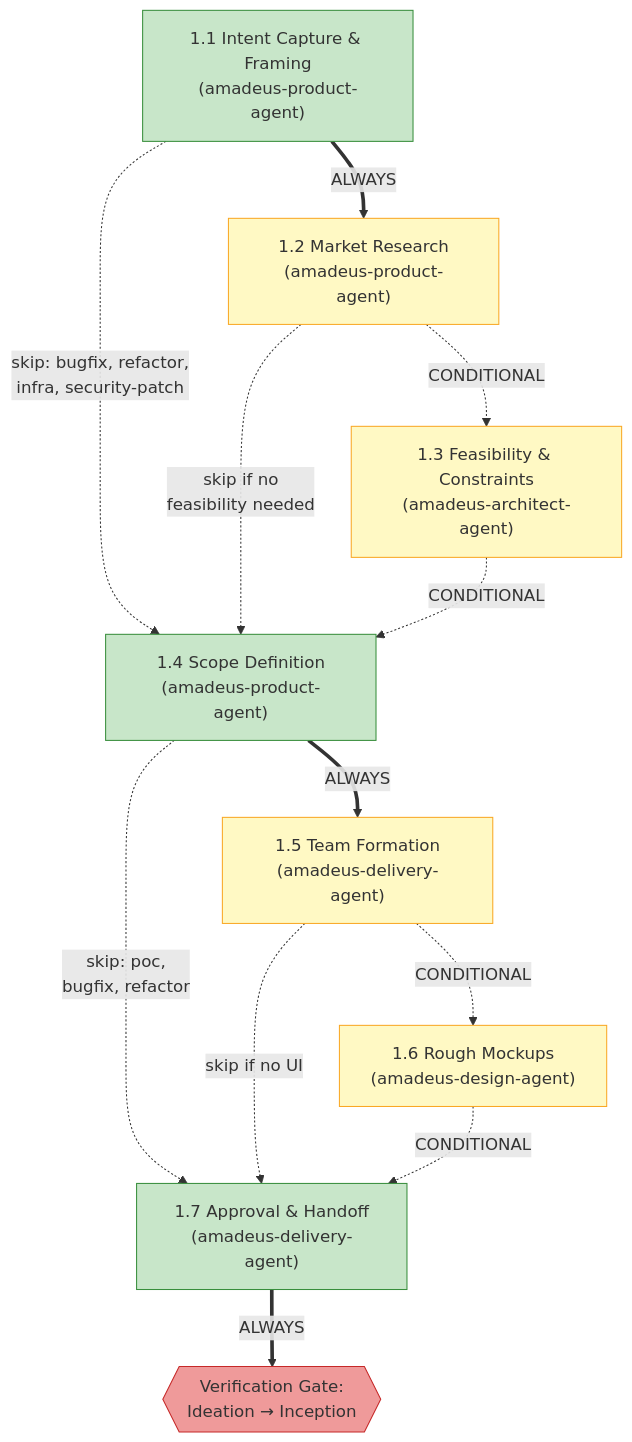
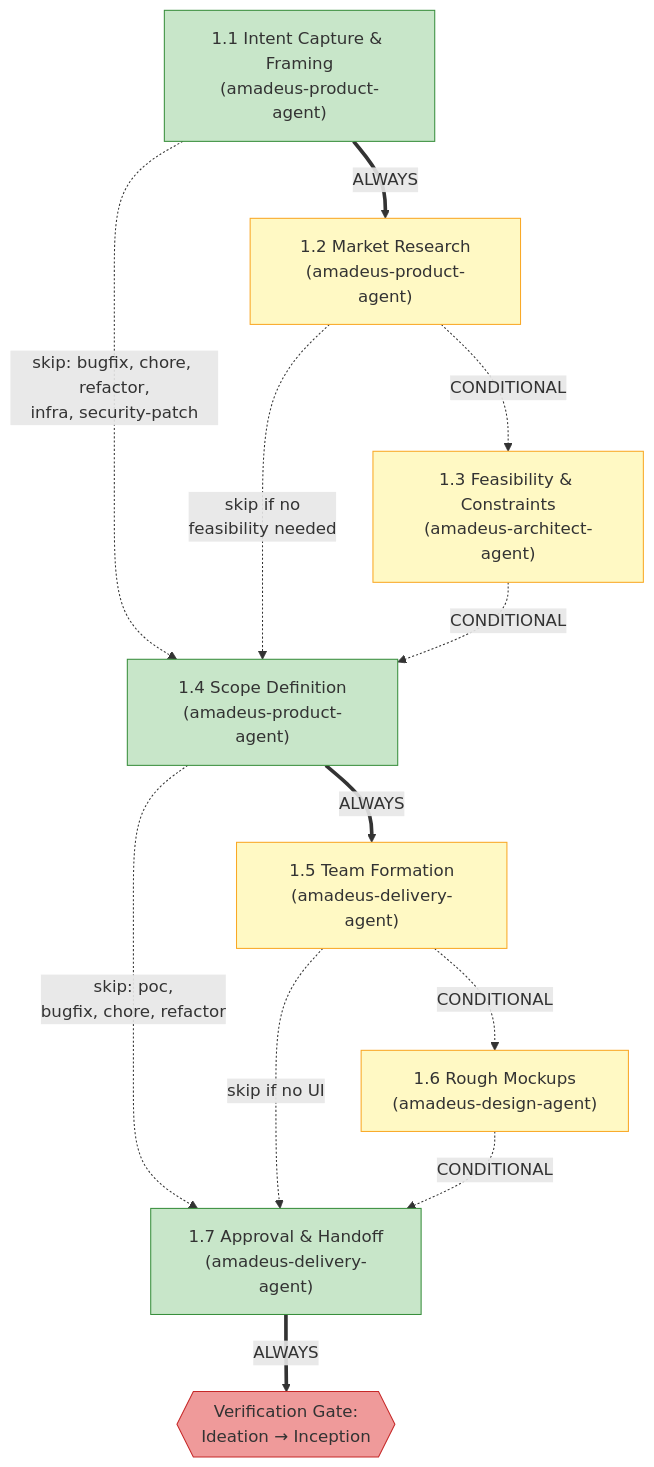
The second of 6 diagrams in docs/guide/04-phases-and-stages.ja.md (amadeus-dlc/amadeus), drawn with Mermaid before and after one commit. The commit also changed other lines of this file and 43 other files, not shown here.

````diff
--- a/docs/guide/04-phases-and-stages.ja.md
+++ b/docs/guide/04-phases-and-stages.ja.md
@@ -88,32 +88,32 @@
 ```mermaid
 flowchart TD
     S11["1.1 Intent Capture & Framing\n(amadeus-product-agent)"]
     S12["1.2 Market Research\n(amadeus-product-agent)"]
     S13["1.3 Feasibility & Constraints\n(amadeus-architect-agent)"]
     S14["1.4 Scope Definition\n(amadeus-product-agent)"]
     S15["1.5 Team Formation\n(amadeus-delivery-agent)"]
     S16["1.6 Rough Mockups\n(amadeus-design-agent)"]
     S17["1.7 Approval & Handoff\n(amadeus-delivery-agent)"]
     VG1{{"Verification Gate:\nIdeation → Inception"}}
 
     S11 ==>|ALWAYS| S12
-    S11 -.->|"skip: bugfix, refactor,\ninfra, security-patch"| S14
+    S11 -.->|"skip: bugfix, chore, refactor,\ninfra, security-patch"| S14
     S12 -.->|CONDITIONAL| S13
     S12 -.->|"skip if no\nfeasibility needed"| S14
     S13 -.->|CONDITIONAL| S14
     S14 ==>|ALWAYS| S15
-    S14 -.->|"skip: poc,\nbugfix, refactor"| S17
+    S14 -.->|"skip: poc,\nbugfix, chore, refactor"| S17
     S15 -.->|CONDITIONAL| S16
     S15 -.->|"skip if no UI"| S17
     S16 -.->|CONDITIONAL| S17
     S17 ==>|ALWAYS| VG1
 
     style S11 fill:#c8e6c9,stroke:#388e3c
     style S14 fill:#c8e6c9,stroke:#388e3c
     style S17 fill:#c8e6c9,stroke:#388e3c
     style S12 fill:#fff9c4,stroke:#f9a825
     style S13 fill:#fff9c4,stroke:#f9a825
     style S15 fill:#fff9c4,stroke:#f9a825
     style S16 fill:#fff9c4,stroke:#f9a825
     style VG1 fill:#ef9a9a,stroke:#c62828
 ```
````
